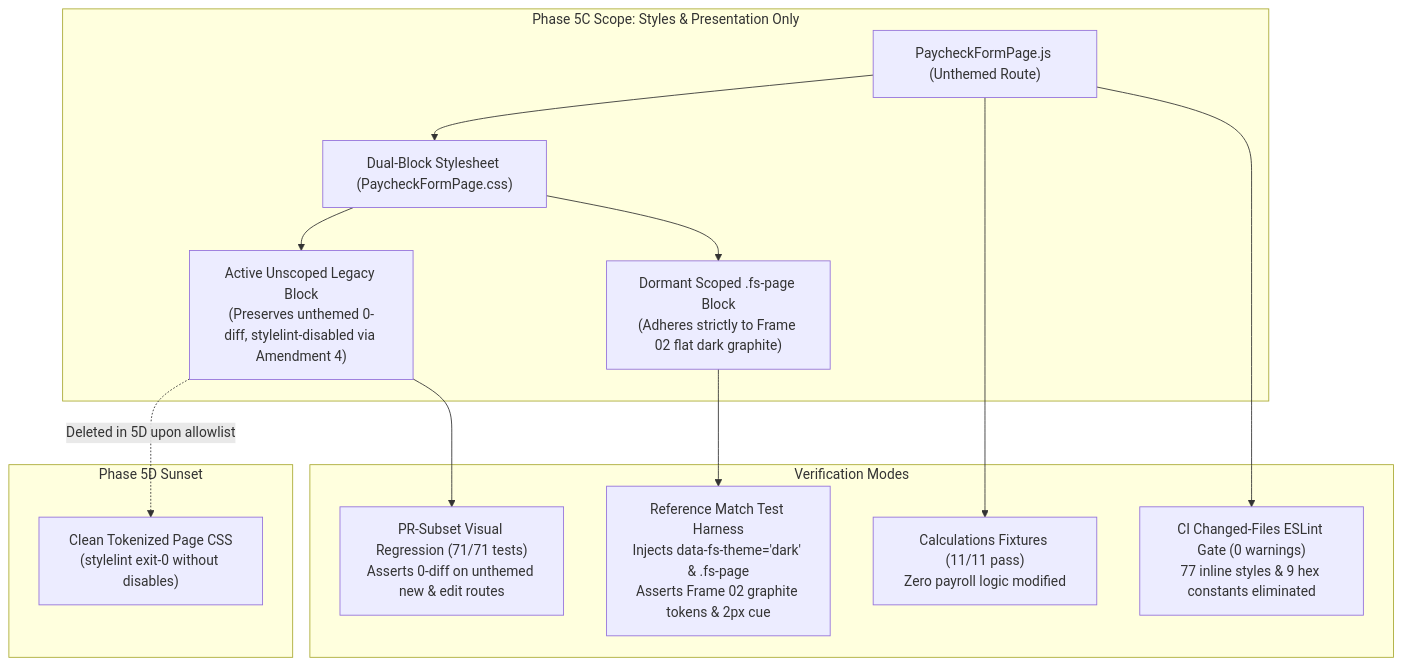
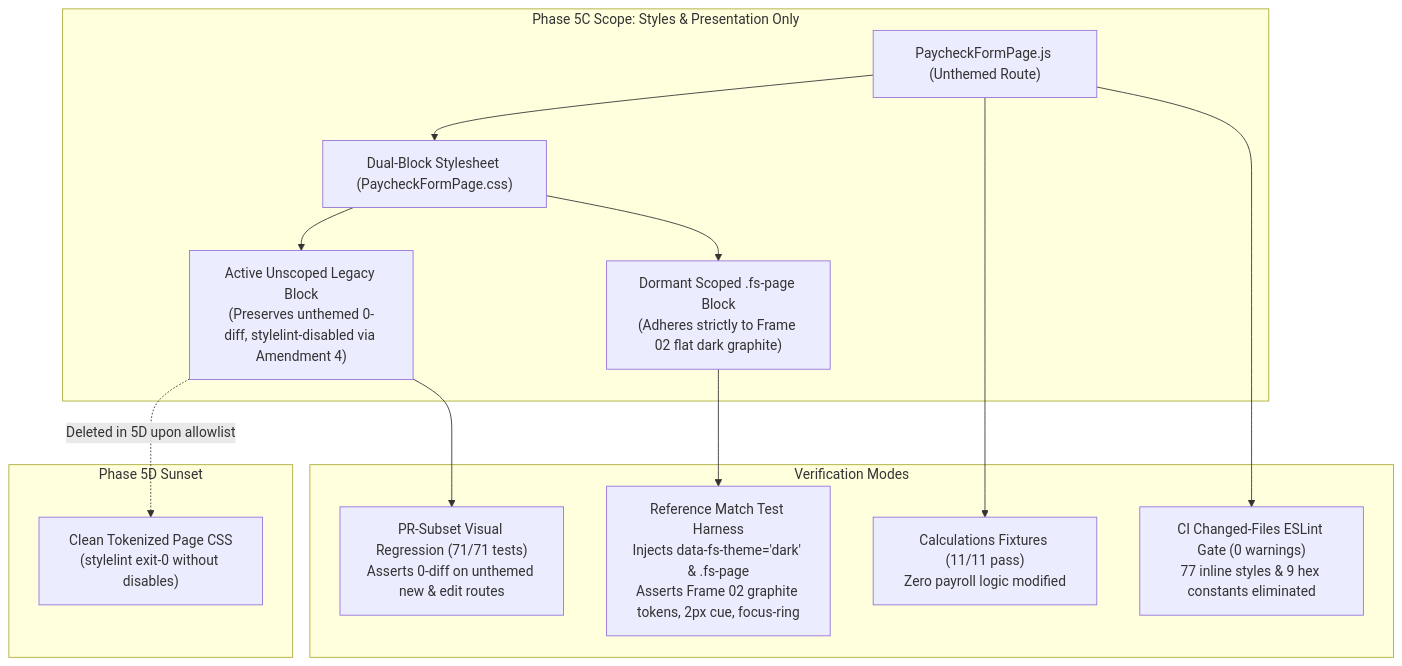
The diagram in docs/ui-plans/phase_5c_implementation_plan.md (MAshrafM/FinStat), drawn with Mermaid before and after one commit. The commit also changed other lines of this file and 1 other file, not shown here.

````diff
--- a/docs/ui-plans/phase_5c_implementation_plan.md
+++ b/docs/ui-plans/phase_5c_implementation_plan.md
@@ -143,19 +143,19 @@
 ```mermaid
 graph TD
     subgraph Phase 5C Scope: Styles & Presentation Only
         A["PaycheckFormPage.js (Unthemed Route)"] --> B["Dual-Block Stylesheet (PaycheckFormPage.css)"]
         B --> C["Active Unscoped Legacy Block<br/>(Preserves unthemed 0-diff, stylelint-disabled via Amendment 4)"]
         B --> D["Dormant Scoped .fs-page Block<br/>(Adheres strictly to Frame 02 flat dark graphite)"]
     end
 
     subgraph Verification Modes
         C --> E["PR-Subset Visual Regression (71/71 tests)<br/>Asserts 0-diff on unthemed new & edit routes"]
-        D --> F["Reference Match Test Harness<br/>Injects data-fs-theme='dark' & .fs-page<br/>Asserts Frame 02 graphite tokens & 2px cue"]
+        D --> F["Reference Match Test Harness<br/>Injects data-fs-theme='dark' & .fs-page<br/>Asserts Frame 02 graphite tokens, 2px cue, focus-ring"]
         A --> G["Calculations Fixtures (11/11 pass)<br/>Zero payroll logic modified"]
         A --> H["CI Changed-Files ESLint Gate (0 warnings)<br/>77 inline styles & 9 hex constants eliminated"]
     end
 
     subgraph Phase 5D Sunset
         C -.->|Deleted in 5D upon allowlist| I["Clean Tokenized Page CSS<br/>(stylelint exit-0 without disables)"]
     end
 ```
````
